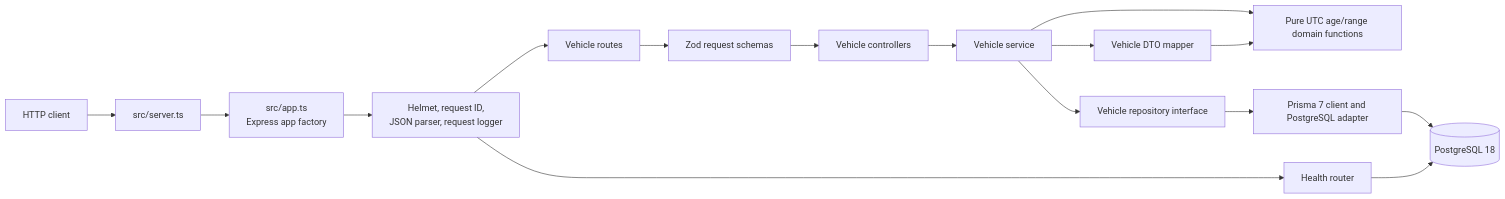
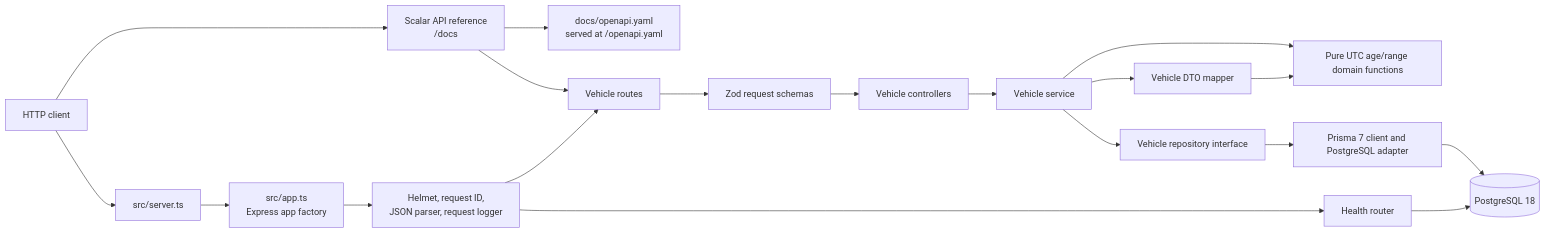
Before and after one commit to AnhThong1503/keyloop-inventory-api: the first of 4 diagrams in docs/system-design.md, drawn with Mermaid. The commit also changed other lines of this file and 7 other files, not shown here.

Commit message:
feat(docs): add interactive Scalar API reference

````diff
--- a/docs/system-design.md
+++ b/docs/system-design.md
@@ -73,18 +73,21 @@
 ```mermaid
 flowchart LR
   Client["HTTP client"] --> Server["src/server.ts"]
   Server --> App["src/app.ts<br/>Express app factory"]
   App --> Middleware["Helmet, request ID,<br/>JSON parser, request logger"]
+  Client --> Scalar["Scalar API reference<br/>/docs"]
+  Scalar --> OpenAPI["docs/openapi.yaml<br/>served at /openapi.yaml"]
+  Scalar --> VehicleRoutes
   Middleware --> VehicleRoutes["Vehicle routes"]
   VehicleRoutes --> Zod["Zod request schemas"]
   Zod --> Controller["Vehicle controllers"]
   Controller --> Service["Vehicle service"]
   Service --> Domain["Pure UTC age/range domain functions"]
   Service --> Repository["Vehicle repository interface"]
   Repository --> Prisma["Prisma 7 client and PostgreSQL adapter"]
   Prisma --> DB[("PostgreSQL 18")]
   Middleware --> Health["Health router"]
   Health --> DB
   Service --> Mapper["Vehicle DTO mapper"]
   Mapper --> Domain
 ```
````
